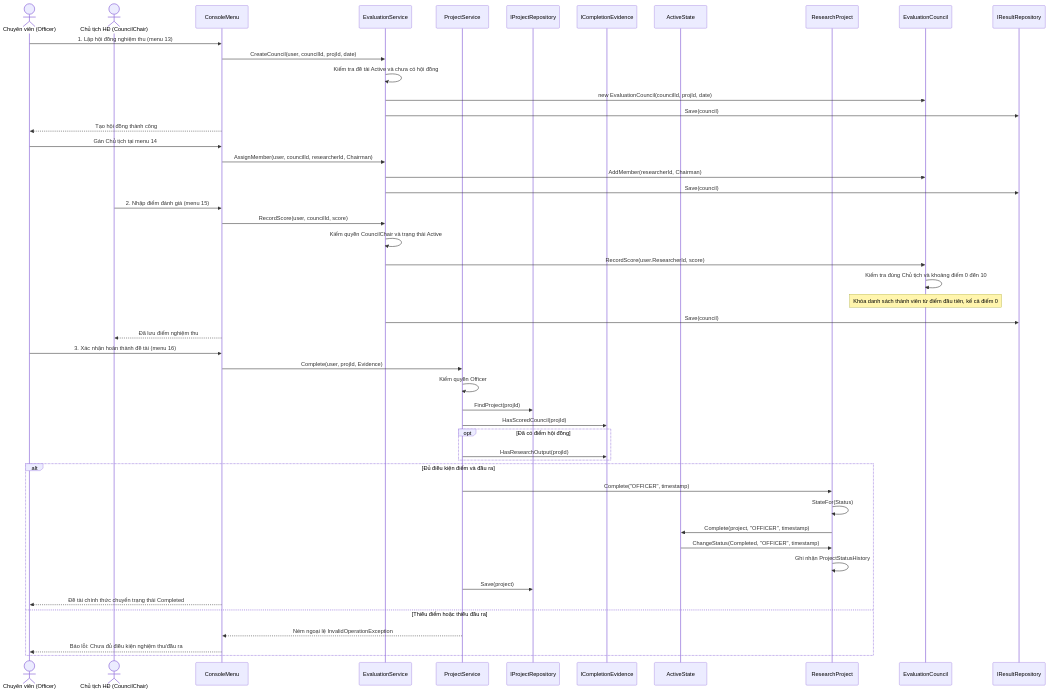
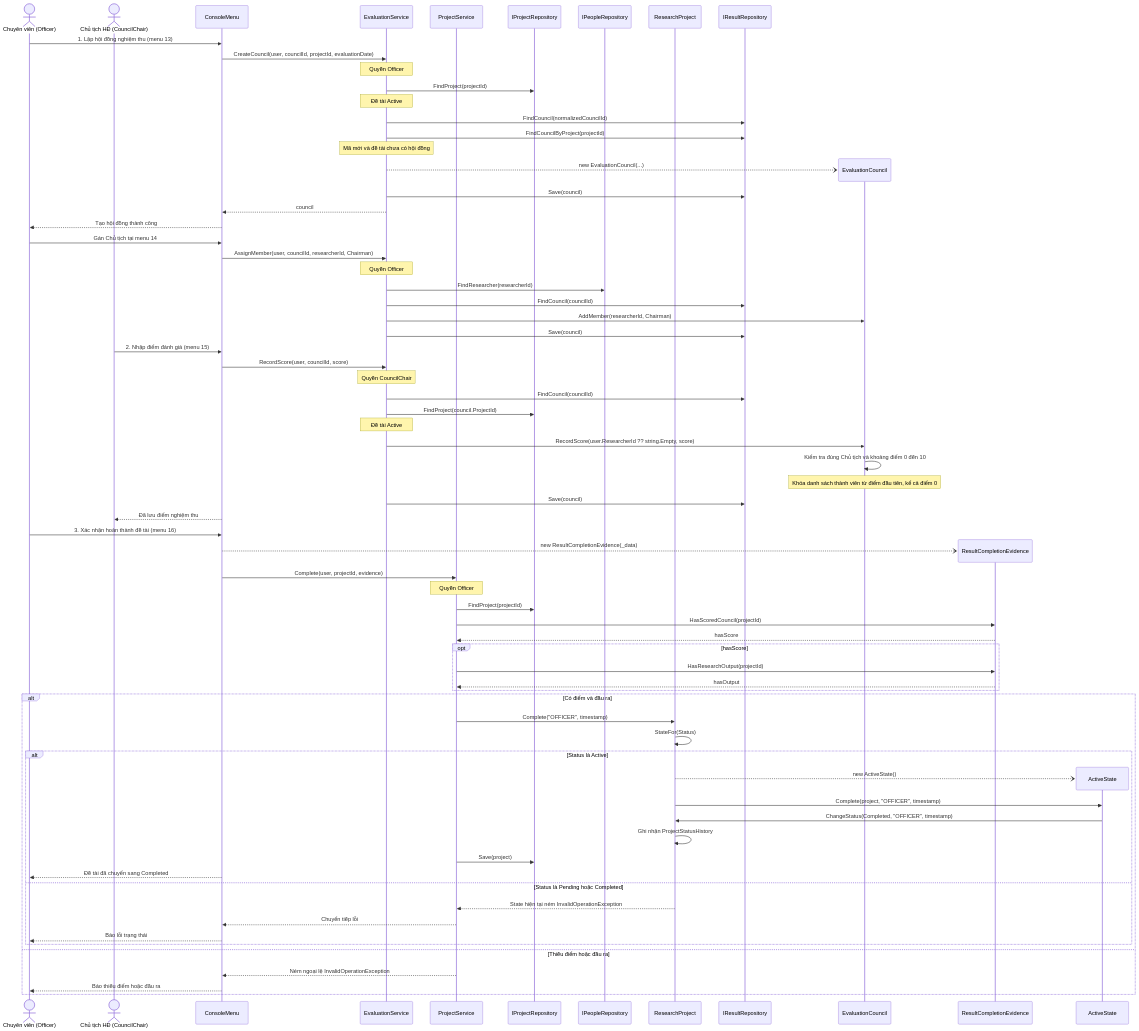
One commit to PKT-zZ/QLNCKH_OOP_FINAL changed the ninth of 10 diagrams in docs/uml.md. Above: the diagram before and after it, drawn with Mermaid. The commit also changed other lines of this file and 1 other file, not shown here.

Commit message:
docs: align use cases and UML with implementation

````diff
--- a/docs/uml.md
+++ b/docs/uml.md
@@ -655,4 +683,9 @@
 ```mermaid
+---
+config:
+  sequence:
+    mirrorActors: true
+---
 sequenceDiagram
     actor CV as Chuyên viên (Officer)
     actor CT as Chủ tịch HĐ (CouncilChair)
@@ -660,53 +693,76 @@
     participant ES as EvaluationService
     participant PS as ProjectService
     participant Repo as IProjectRepository
-    participant Evidence as ICompletionEvidence
-    participant State as ActiveState
+    participant People as IPeopleRepository
     participant P as ResearchProject
-    participant C as EvaluationCouncil
     participant Results as IResultRepository
 
     %% UC05: Lập hội đồng
     CV->>UI: 1. Lập hội đồng nghiệm thu (menu 13)
-    UI->>ES: CreateCouncil(user, councilId, projId, date)
-    ES->>ES: Kiểm tra đề tài Active và chưa có hội đồng
-    ES->>C: new EvaluationCouncil(councilId, projId, date)
+    UI->>ES: CreateCouncil(user, councilId, projectId, evaluationDate)
+    Note over ES: Quyền Officer
+    ES->>Repo: FindProject(projectId)
+    Note over ES: Đề tài Active
+    ES->>Results: FindCouncil(normalizedCouncilId)
+    ES->>Results: FindCouncilByProject(projectId)
+    Note over ES: Mã mới và đề tài chưa có hội đồng
+    create participant C as EvaluationCouncil
+    ES--)C: new EvaluationCouncil(...)
     ES->>Results: Save(council)
+    ES-->>UI: council
     UI-->>CV: Tạo hội đồng thành công
     CV->>UI: Gán Chủ tịch tại menu 14
     UI->>ES: AssignMember(user, councilId, researcherId, Chairman)
+    Note over ES: Quyền Officer
+    ES->>People: FindResearcher(researcherId)
+    ES->>Results: FindCouncil(councilId)
     ES->>C: AddMember(researcherId, Chairman)
     ES->>Results: Save(council)
 
-    %% UC06: Ghi điểm nghiệm thu
+    %% UC06a: Ghi điểm nghiệm thu
     CT->>UI: 2. Nhập điểm đánh giá (menu 15)
     UI->>ES: RecordScore(user, councilId, score)
-    ES->>ES: Kiểm quyền CouncilChair và trạng thái Active
-    ES->>C: RecordScore(user.ResearcherId, score)
+    Note over ES: Quyền CouncilChair
+    ES->>Results: FindCouncil(councilId)
+    ES->>Repo: FindProject(council.ProjectId)
+    Note over ES: Đề tài Active
+    ES->>C: RecordScore(user.ResearcherId ?? string.Empty, score)
     C->>C: Kiểm tra đúng Chủ tịch và khoảng điểm 0 đến 10
     Note over C: Khóa danh sách thành viên từ điểm đầu tiên, kể cả điểm 0
     ES->>Results: Save(council)
     UI-->>CT: Đã lưu điểm nghiệm thu
 
-    %% UC06: Hoàn thành đề tài
+    %% UC06b: Xác nhận hoàn thành
     CV->>UI: 3. Xác nhận hoàn thành đề tài (menu 16)
-    UI->>PS: Complete(user, projId, Evidence)
-    PS->>PS: Kiểm quyền Officer
-    PS->>Repo: FindProject(projId)
-    PS->>Evidence: HasScoredCouncil(projId)
-    opt Đã có điểm hội đồng
-        PS->>Evidence: HasResearchOutput(projId)
+    create participant Evidence as ResultCompletionEvidence
+    UI--)Evidence: new ResultCompletionEvidence(_data)
+    UI->>PS: Complete(user, projectId, evidence)
+    Note over PS: Quyền Officer
+    PS->>Repo: FindProject(projectId)
+    PS->>Evidence: HasScoredCouncil(projectId)
+    Evidence-->>PS: hasScore
+    opt hasScore
+        PS->>Evidence: HasResearchOutput(projectId)
+        Evidence-->>PS: hasOutput
     end
-    alt Đủ điều kiện điểm và đầu ra
+    alt Có điểm và đầu ra
         PS->>P: Complete("OFFICER", timestamp)
         P->>P: StateFor(Status)
-        P->>State: Complete(project, "OFFICER", timestamp)
-        State->>P: ChangeStatus(Completed, "OFFICER", timestamp)
-        P->>P: Ghi nhận ProjectStatusHistory
-        PS->>Repo: Save(project)
-        UI-->>CV: Đề tài chính thức chuyển trạng thái Completed
-    else Thiếu điểm hoặc thiếu đầu ra
+        alt Status là Active
+            create participant State as ActiveState
+            P--)State: new ActiveState()
+            P->>State: Complete(project, "OFFICER", timestamp)
+            State->>P: ChangeStatus(Completed, "OFFICER", timestamp)
+            P->>P: Ghi nhận ProjectStatusHistory
+            PS->>Repo: Save(project)
+            UI-->>CV: Đề tài đã chuyển sang Completed
+        else Status là Pending hoặc Completed
+            P-->>PS: State hiện tại ném InvalidOperationException
+            PS-->>UI: Chuyển tiếp lỗi
+            UI-->>CV: Báo lỗi trạng thái
+        end
+    else Thiếu điểm hoặc đầu ra
         PS-->>UI: Ném ngoại lệ InvalidOperationException
-        UI-->>CV: Báo lỗi: Chưa đủ điều kiện nghiệm thu/đầu ra
+        UI-->>CV: Báo thiếu điểm hoặc đầu ra
     end
 ```
````
